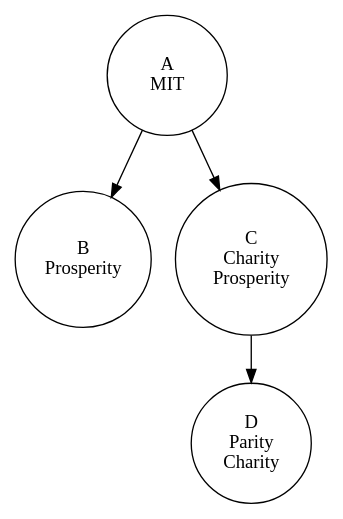
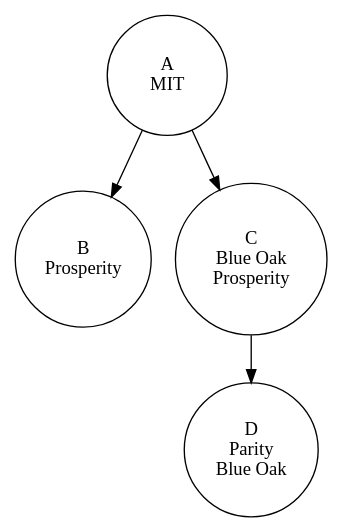
One commit to licensezero/guide.licensezero.com changed the diagram in figure-4.dot. Above: the diagram before and after it, drawn with Graphviz. The commit also changed 5 other files, not shown here.

Commit message:
Replace Charity with Blue Oak

```diff
--- a/figure-4.dot
+++ b/figure-4.dot
@@ -1,9 +1,9 @@
 digraph {
   node [shape=circle,width=1.25];
   A[label="A\nMIT"];
   B[label="B\nProsperity"];
-  C[label="C\nCharity\nProsperity"];
-  D[label="D\nParity\nCharity"];
+  C[label="C\nBlue Oak\nProsperity"];
+  D[label="D\nParity\nBlue Oak"];
   A -> B, C;
   C -> D;
 }
```
